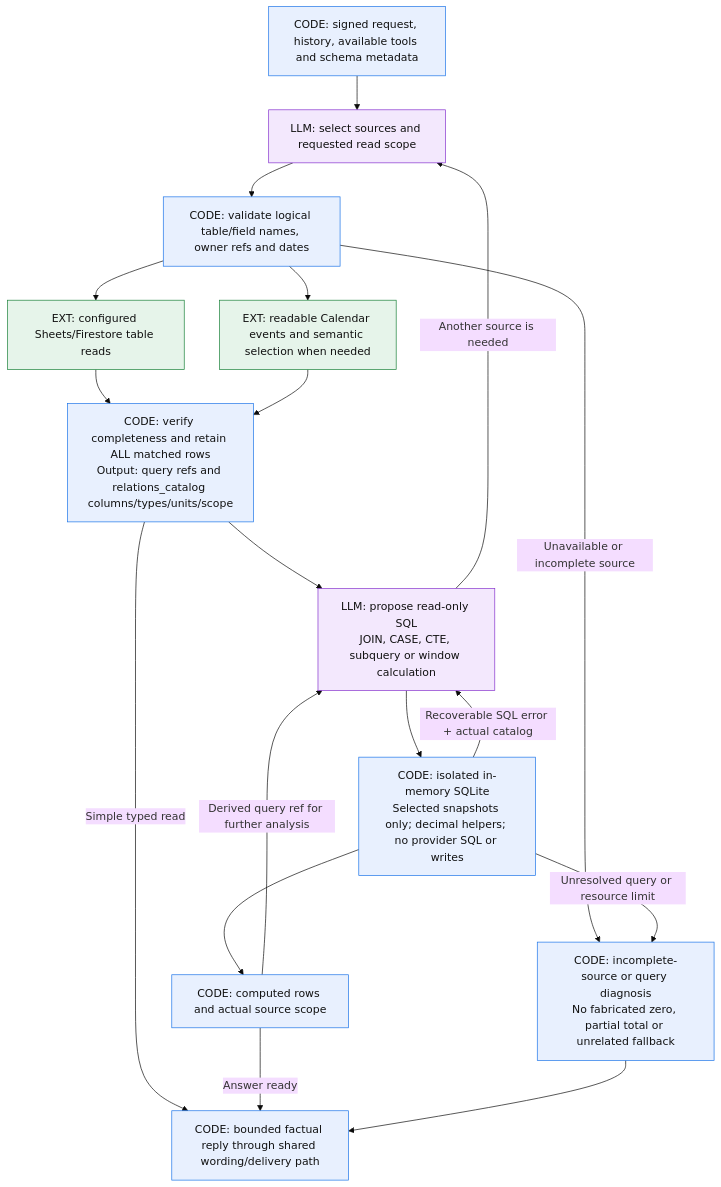
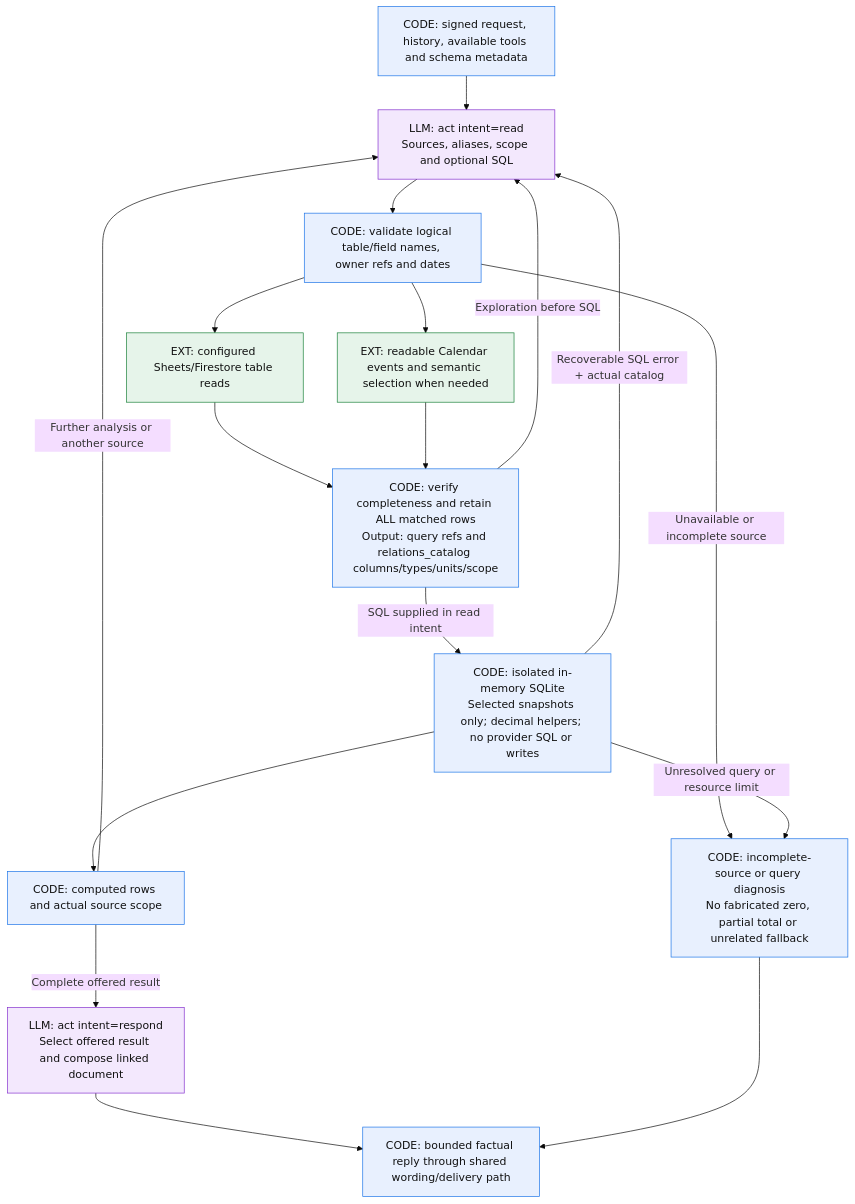
Before and after one commit to thanaphatt1/line-personal-assistant: the fifth of 5 diagrams in docs/system-flow.md, drawn with Mermaid (base theme). The commit also changed other lines of this file and 19 other files, not shown here.

````diff
--- a/docs/system-flow.md
+++ b/docs/system-flow.md
@@ -172,28 +175,27 @@
 ```mermaid
 flowchart TD
     Input["CODE: signed request, history, available tools and schema metadata"]:::code
-    Model["LLM: select sources and requested read scope"]:::llm
+    Model["LLM: act intent=read<br/>Sources, aliases, scope and optional SQL"]:::llm
     Scope["CODE: validate logical table/field names, owner refs and dates"]:::code
     Tables["EXT: configured Sheets/Firestore table reads"]:::ext
     Calendar["EXT: readable Calendar events and semantic selection when needed"]:::ext
     Snapshot["CODE: verify completeness and retain ALL matched rows<br/>Output: query refs and relations_catalog columns/types/units/scope"]:::code
-    SQL["LLM: propose read-only SQL<br/>JOIN, CASE, CTE, subquery or window calculation"]:::llm
     Execute["CODE: isolated in-memory SQLite<br/>Selected snapshots only; decimal helpers; no provider SQL or writes"]:::code
     Result["CODE: computed rows and actual source scope"]:::code
+    Respond["LLM: act intent=respond<br/>Select offered result and compose linked document"]:::llm
     Error["CODE: incomplete-source or query diagnosis<br/>No fabricated zero, partial total or unrelated fallback"]:::code
     Reply["CODE: bounded factual reply through shared wording/delivery path"]:::code
     Input --> Model --> Scope
     Scope --> Tables --> Snapshot
     Scope --> Calendar --> Snapshot
-    Snapshot --> SQL --> Execute --> Result
-    Snapshot -->|"Simple typed read"| Reply
-    Result -->|"Answer ready"| Reply
-    Result -->|"Derived query ref for further analysis"| SQL
-    SQL -->|"Another source is needed"| Model
-    Execute -->|"Recoverable SQL error + actual catalog"| SQL
+    Snapshot -->|"SQL supplied in read intent"| Execute --> Result
+    Snapshot -->|"Exploration before SQL"| Model
+    Result -->|"Complete offered result"| Respond --> Reply
+    Result -->|"Further analysis or another source"| Model
+    Execute -->|"Recoverable SQL error + actual catalog"| Model
     Scope -->|"Unavailable or incomplete source"| Error
     Execute -->|"Unresolved query or resource limit"| Error --> Reply
     classDef code fill:#E8F0FE,stroke:#1A73E8,color:#111;
     classDef llm fill:#F3E8FD,stroke:#8430CE,color:#111;
     classDef ext fill:#E6F4EA,stroke:#188038,color:#111;
 ```
````
